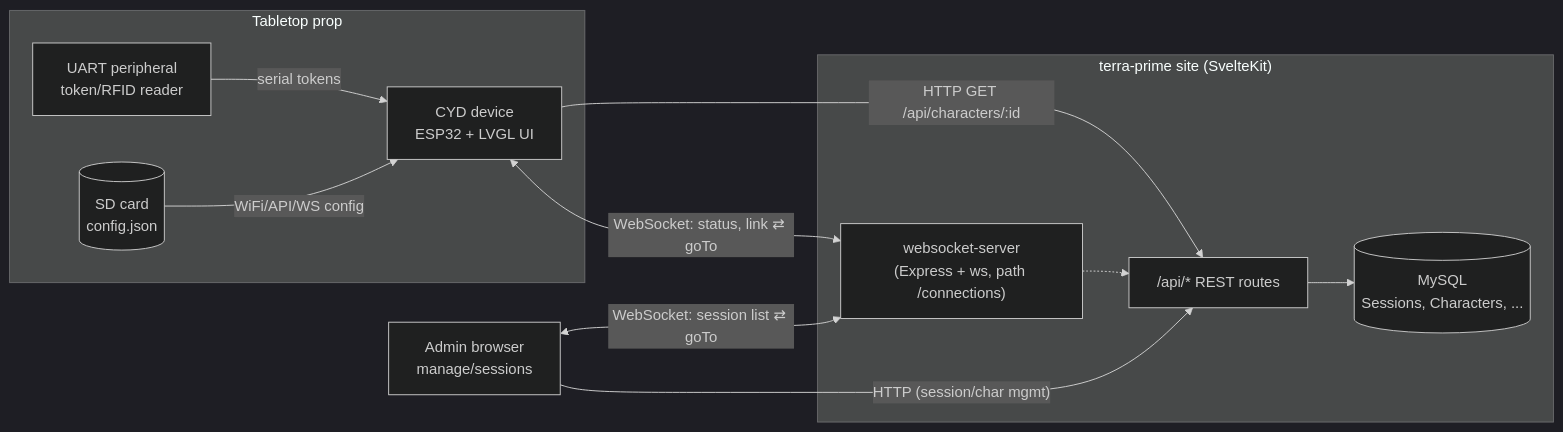
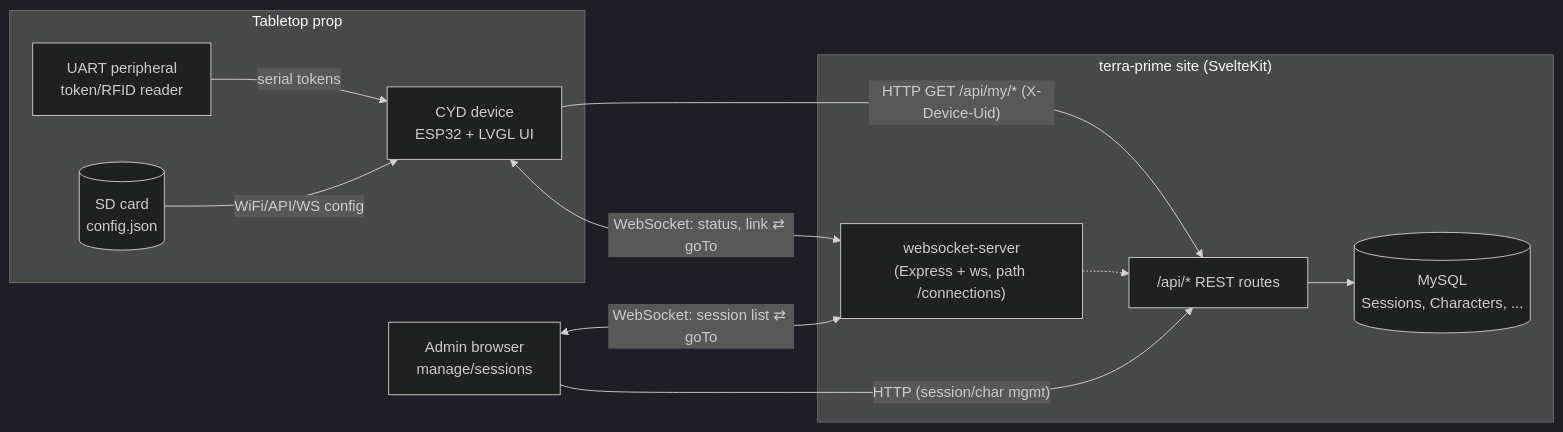
Before and after one commit to yodivdhende/terra-prime: the first of 7 diagrams in docs/CYD_DESIGN.md, drawn with Mermaid (dark theme). The commit also changed other lines of this file, not shown here.

First line of the commit message:
TP-0155: bring the CYD design doc up to the device read paths

````diff
--- a/docs/CYD_DESIGN.md
+++ b/docs/CYD_DESIGN.md
@@ -36,25 +36,25 @@
 ```mermaid
 flowchart LR
     subgraph Table["Tabletop prop"]
         UART[UART peripheral\ntoken/RFID reader]
         SD[(SD card\nconfig.json)]
         CYD["CYD device\nESP32 + LVGL UI"]
         UART -- "serial tokens" --> CYD
         SD -- "WiFi/API/WS config" --> CYD
     end
 
     subgraph Site["terra-prime site (SvelteKit)"]
         API["/api/* REST routes"]
         WS["websocket-server\n(Express + ws, path /connections)"]
         DB[(MySQL\nSessions, Characters, ...)]
         API --> DB
         WS -.-> API
     end
 
     Admin["Admin browser\nmanage/sessions"]
 
-    CYD -- "HTTP GET /api/characters/:id" --> API
+    CYD -- "HTTP GET /api/my/* (X-Device-Uid)" --> API
     CYD <-- "WebSocket: status, link ⇄ goTo" --> WS
     Admin <-- "WebSocket: session list ⇄ goTo" --> WS
     Admin -- "HTTP (session/char mgmt)" --> API
 ```
````
